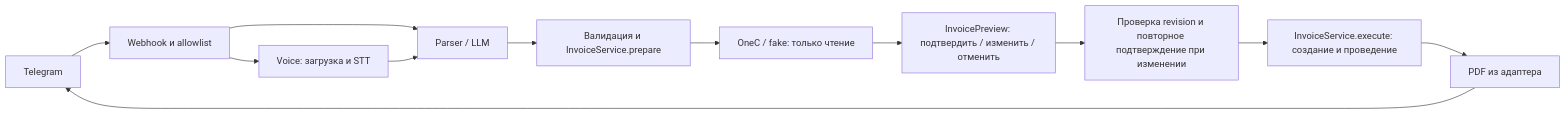
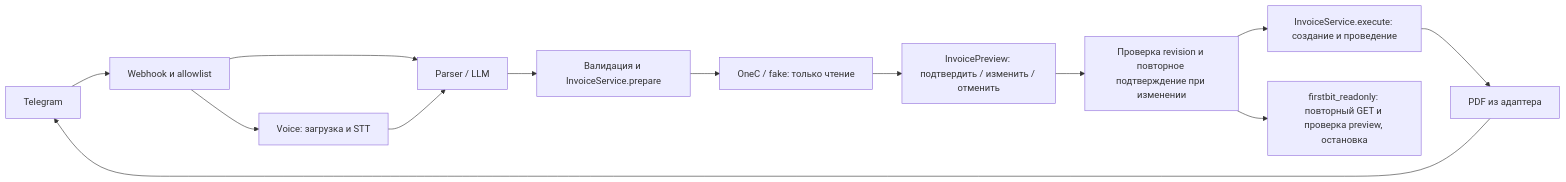
The diagram in README.md (plykinbaf664-sys/ai-buhgalter), drawn with Mermaid before and after one commit. The commit also changed other lines of this file and 56 other files, not shown here.

````diff
--- a/README.md
+++ b/README.md
@@ -24,14 +30,15 @@
 ```mermaid
 flowchart LR
     T[Telegram] --> A[Webhook и allowlist]
     A --> V[Voice: загрузка и STT]
     A --> P[Parser / LLM]
     V --> P
     P --> S[Валидация и InvoiceService.prepare]
     S --> O[OneC / fake: только чтение]
     O --> C[InvoicePreview: подтвердить / изменить / отменить]
     C --> R[Проверка revision и повторное подтверждение при изменении]
     R --> W[InvoiceService.execute: создание и проведение]
+    R --> RO[firstbit_readonly: повторный GET и проверка preview, остановка]
     W --> F[PDF из адаптера]
     F --> T
 ```
````
